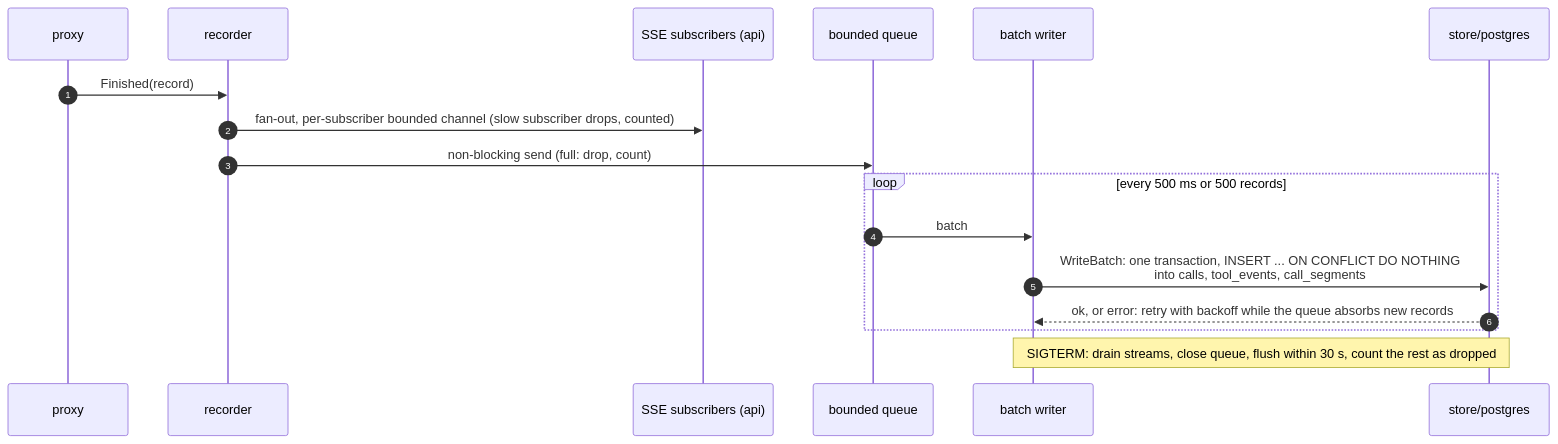
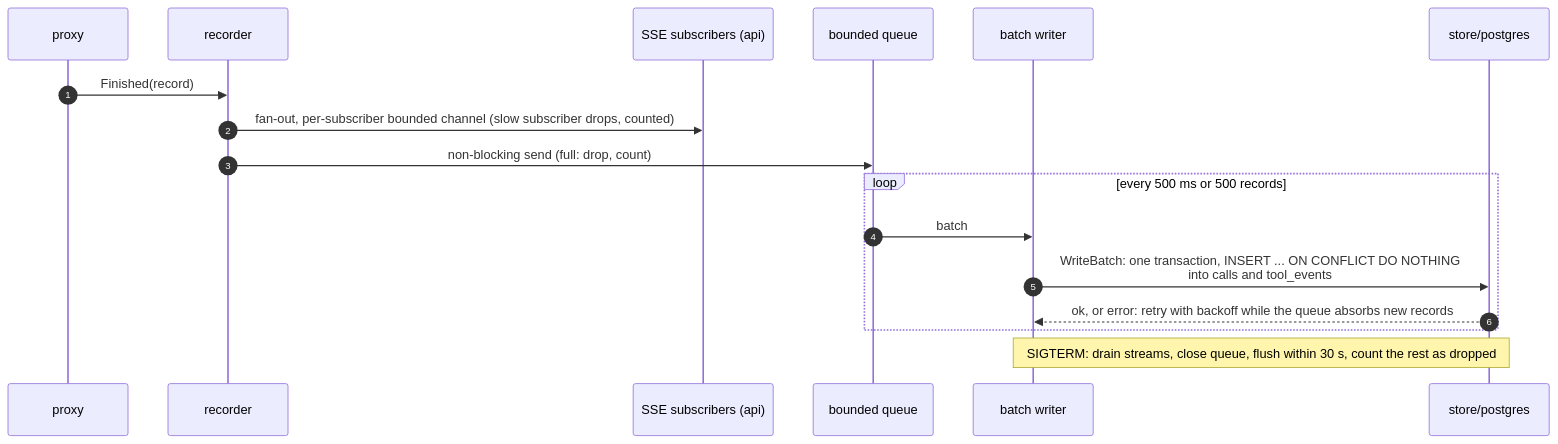
One commit to mtanzi/llm-proxy changed the third of 3 diagrams in docs/architecture/backend.md. Above: the diagram before and after it, drawn with Mermaid. The commit also changed other lines of this file and 5 other files, not shown here.

````diff
--- a/docs/architecture/backend.md
+++ b/docs/architecture/backend.md
@@ -442,20 +439,20 @@
 ```mermaid
 sequenceDiagram
     autonumber
     participant P as proxy
     participant R as recorder
     participant S as SSE subscribers (api)
     participant Q as bounded queue
     participant W as batch writer
     participant DB as store/postgres
 
     P->>R: Finished(record)
     R->>S: fan-out, per-subscriber bounded channel (slow subscriber drops, counted)
     R->>Q: non-blocking send (full: drop, count)
     loop every 500 ms or 500 records
         Q->>W: batch
-        W->>DB: WriteBatch: one transaction, INSERT ... ON CONFLICT DO NOTHING<br/>into calls, tool_events, call_segments
+        W->>DB: WriteBatch: one transaction, INSERT ... ON CONFLICT DO NOTHING<br/>into calls and tool_events
         DB-->>W: ok, or error: retry with backoff while the queue absorbs new records
     end
     Note over W,DB: SIGTERM: drain streams, close queue, flush within 30 s, count the rest as dropped
 ```
````
